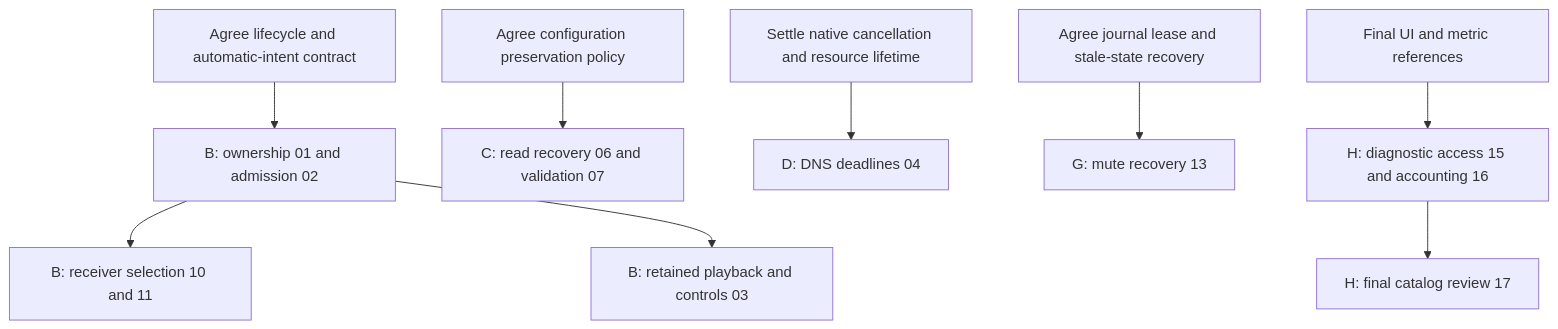
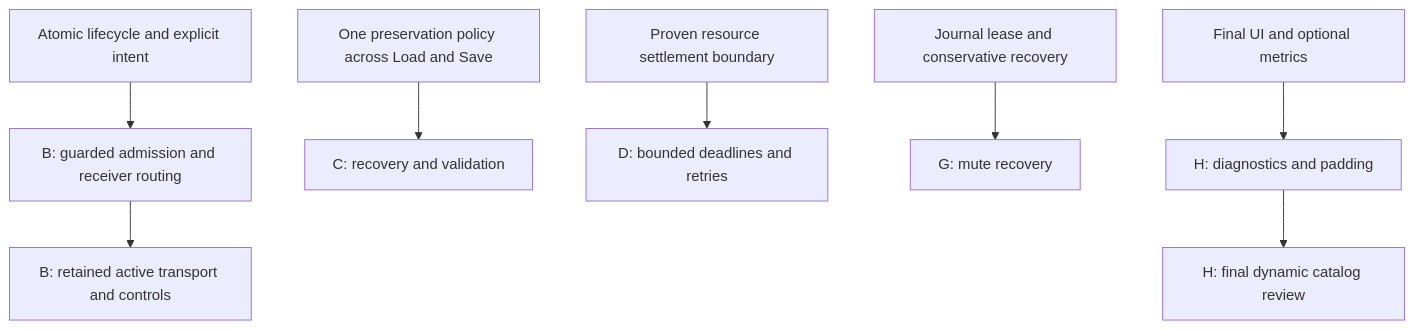
One commit to ThatMarko/AirFlash changed the diagram in docs/issues/IMPLEMENTATION_PLAN.md. Above: the diagram before and after it, drawn with Mermaid. The commit also changed other lines of this file and 48 other files, not shown here.

````diff
--- a/docs/issues/IMPLEMENTATION_PLAN.md
+++ b/docs/issues/IMPLEMENTATION_PLAN.md
@@ -75,11 +32,10 @@
 ```mermaid
 flowchart TD
-    L[Agree lifecycle and automatic-intent contract] --> B1[B: ownership 01 and admission 02]
-    B1 --> B2[B: receiver selection 10 and 11]
-    B1 --> B3[B: retained playback and controls 03]
-    R[Agree configuration preservation policy] --> C[C: read recovery 06 and validation 07]
-    N[Settle native cancellation and resource lifetime] --> D[D: DNS deadlines 04]
-    M[Agree journal lease and stale-state recovery] --> G[G: mute recovery 13]
-    U[Final UI and metric references] --> H[H: diagnostic access 15 and accounting 16]
-    H --> T[H: final catalog review 17]
+    L[Atomic lifecycle and explicit intent] --> B[B: guarded admission and receiver routing]
+    B --> R[B: retained active transport and controls]
+    P[One preservation policy across Load and Save] --> C[C: recovery and validation]
+    N[Proven resource settlement boundary] --> D[D: bounded deadlines and retries]
+    M[Journal lease and conservative recovery] --> G[G: mute recovery]
+    U[Final UI and optional metrics] --> H[H: diagnostics and padding]
+    H --> T[H: final dynamic catalog review]
 ```
````
